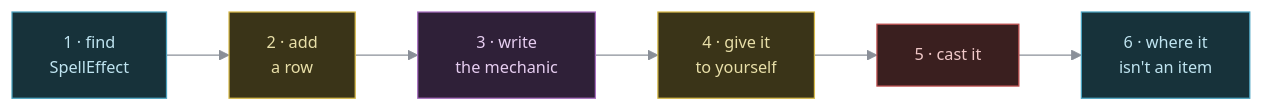
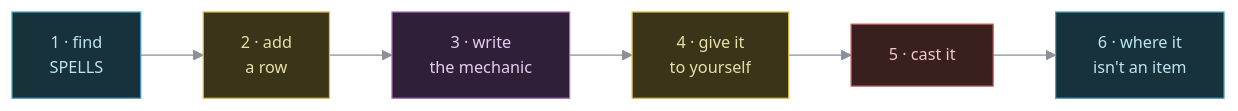
Before and after one commit to bae-alves/nihilurk: the diagram in docs/tutorial/add-your-first-spell.md, drawn with Mermaid. The commit also changed other lines of this file and 43 other files, not shown here.

First line of the commit message:
Spells: the row is the spell, no SpellEffect

````diff
--- a/docs/tutorial/add-your-first-spell.md
+++ b/docs/tutorial/add-your-first-spell.md
@@ -15,17 +15,17 @@
 ```mermaid
 %%{init: {'theme':'base','themeVariables':{
   'primaryColor':'#20242b','primaryTextColor':'#d7dae0',
   'primaryBorderColor':'#5c6370','lineColor':'#8a8f98',
   'fontFamily':'ui-monospace, SFMono-Regular, Menlo, monospace',
   'fontSize':'13px'}}}%%
 flowchart LR
-  S1["1 · find<br/>SpellEffect"]:::cold --> S2["2 · add<br/>a row"]:::hero
+  S1["1 · find<br/>SPELLS"]:::cold --> S2["2 · add<br/>a row"]:::hero
   S2 --> S3["3 · write<br/>the mechanic"]:::magic
   S3 --> S4["4 · give it<br/>to yourself"]:::hero
   S4 --> S5["5 · cast it"]:::peril
   S5 --> S6["6 · where it<br/>isn't an item"]:::cold
   classDef hero fill:#3a3418,stroke:#d7ba4a,color:#e8dfa8
   classDef peril fill:#3a1f1f,stroke:#c05050,color:#f0c8c8
   classDef magic fill:#2f2038,stroke:#a86fc0,color:#e6cdf0
   classDef cold  fill:#17323a,stroke:#4aa3c0,color:#bfe4f0
 ```
````
